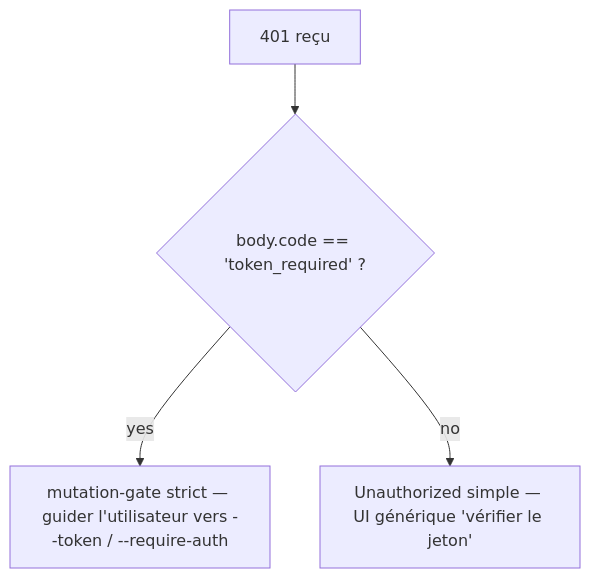
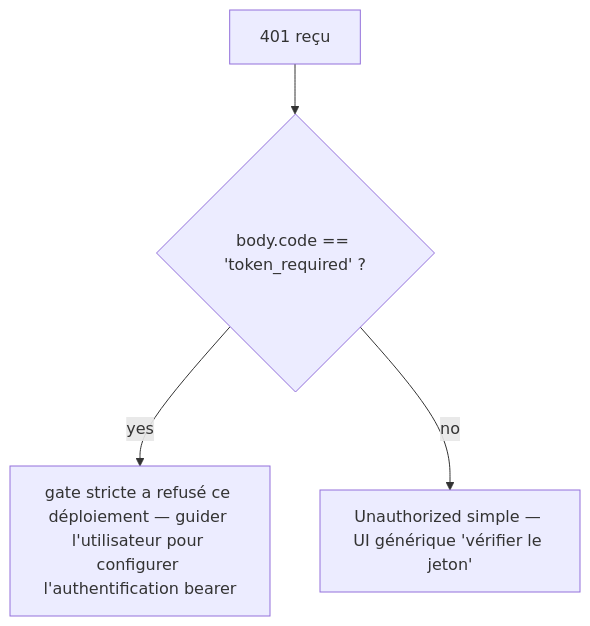
The second of 2 diagrams in website/content/fr/developers/daemon/18-error-taxonomy.md (QwenLM/qwen-code-docs), drawn with Mermaid before and after one commit. The commit also changed other lines of this file and 267 other files, not shown here.

````diff
--- a/website/content/fr/developers/daemon/18-error-taxonomy.md
+++ b/website/content/fr/developers/daemon/18-error-taxonomy.md
@@ -138,6 +138,6 @@
 ```mermaid
 flowchart TD
     A["401 reçu"] --> B{"body.code == 'token_required' ?"}
-    B -->|yes| C["mutation-gate strict — guider l'utilisateur vers --token / --require-auth"]
+    B -->|yes| C["gate stricte a refusé ce déploiement — guider l'utilisateur pour configurer l'authentification bearer"]
     B -->|no| D["Unauthorized simple — UI générique 'vérifier le jeton'"]
 ```
````
